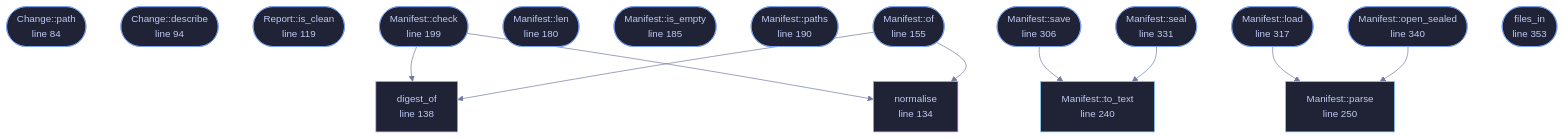
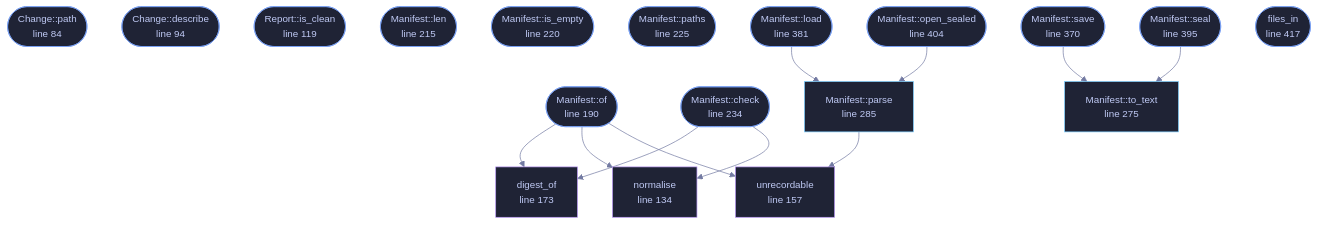
One commit to tilas01/veilvoice changed the diagram in docs/files/veilvoice-guard/manifest.md. Above: the diagram before and after it, drawn with Mermaid. The commit also changed other lines of this file and 81 other files, not shown here.

````diff
--- a/docs/files/veilvoice-guard/manifest.md
+++ b/docs/files/veilvoice-guard/manifest.md
@@ -105,52 +105,56 @@
 ```mermaid
 %%{init: {"theme":"base","themeVariables":{"background":"#1a1b26","primaryColor":"#1f2335","primaryTextColor":"#c0caf5","primaryBorderColor":"#7aa2f7","secondaryColor":"#16161e","tertiaryColor":"#16161e","lineColor":"#737aa2","textColor":"#c0caf5","mainBkg":"#1f2335","nodeBorder":"#7aa2f7","clusterBkg":"#16161e","clusterBorder":"#2f3549","fontFamily":"ui-monospace, SFMono-Regular, Consolas, monospace","fontSize":"14px"}}}%%
 flowchart TD
     n_path(["Change::path<br/>line 84"])
     n_describe(["Change::describe<br/>line 94"])
     n_is_clean(["Report::is_clean<br/>line 119"])
     n_normalise["normalise<br/>line 134"]
-    n_digest_of["digest_of<br/>line 138"]
-    n_of(["Manifest::of<br/>line 155"])
-    n_len(["Manifest::len<br/>line 180"])
-    n_is_empty(["Manifest::is_empty<br/>line 185"])
-    n_paths(["Manifest::paths<br/>line 190"])
-    n_check(["Manifest::check<br/>line 199"])
-    n_to_text["Manifest::to_text<br/>line 240"]
-    n_parse["Manifest::parse<br/>line 250"]
-    n_save(["Manifest::save<br/>line 306"])
-    n_load(["Manifest::load<br/>line 317"])
-    n_seal(["Manifest::seal<br/>line 331"])
-    n_open_sealed(["Manifest::open_sealed<br/>line 340"])
-    n_files_in(["files_in<br/>line 353"])
+    n_unrecordable["unrecordable<br/>line 157"]
+    n_digest_of["digest_of<br/>line 173"]
+    n_of(["Manifest::of<br/>line 190"])
+    n_len(["Manifest::len<br/>line 215"])
+    n_is_empty(["Manifest::is_empty<br/>line 220"])
+    n_paths(["Manifest::paths<br/>line 225"])
+    n_check(["Manifest::check<br/>line 234"])
+    n_to_text["Manifest::to_text<br/>line 275"]
+    n_parse["Manifest::parse<br/>line 285"]
+    n_save(["Manifest::save<br/>line 370"])
+    n_load(["Manifest::load<br/>line 381"])
+    n_seal(["Manifest::seal<br/>line 395"])
+    n_open_sealed(["Manifest::open_sealed<br/>line 404"])
+    n_files_in(["files_in<br/>line 417"])
     n_check --> n_digest_of
     n_check --> n_normalise
     n_load --> n_parse
     n_of --> n_digest_of
     n_of --> n_normalise
+    n_of --> n_unrecordable
     n_open_sealed --> n_parse
+    n_parse --> n_unrecordable
     n_save --> n_to_text
     n_seal --> n_to_text
     click n_path href "https://github.com/tilas01/veilvoice/blob/main/crates/veilvoice-guard/src/manifest.rs#L84" "open the source"
     click n_describe href "https://github.com/tilas01/veilvoice/blob/main/crates/veilvoice-guard/src/manifest.rs#L94" "open the source"
     click n_is_clean href "https://github.com/tilas01/veilvoice/blob/main/crates/veilvoice-guard/src/manifest.rs#L119" "open the source"
     click n_normalise href "https://github.com/tilas01/veilvoice/blob/main/crates/veilvoice-guard/src/manifest.rs#L134" "open the source"
-    click n_digest_of href "https://github.com/tilas01/veilvoice/blob/main/crates/veilvoice-guard/src/manifest.rs#L138" "open the source"
-    click n_of href "https://github.com/tilas01/veilvoice/blob/main/crates/veilvoice-guard/src/manifest.rs#L155" "open the source"
-    click n_len href "https://github.com/tilas01/veilvoice/blob/main/crates/veilvoice-guard/src/manifest.rs#L180" "open the source"
-    click n_is_empty href "https://github.com/tilas01/veilvoice/blob/main/crates/veilvoice-guard/src/manifest.rs#L185" "open the source"
-    click n_paths href "https://github.com/tilas01/veilvoice/blob/main/crates/veilvoice-guard/src/manifest.rs#L190" "open the source"
-    click n_check href "https://github.com/tilas01/veilvoice/blob/main/crates/veilvoice-guard/src/manifest.rs#L199" "open the source"
-    click n_to_text href "https://github.com/tilas01/veilvoice/blob/main/crates/veilvoice-guard/src/manifest.rs#L240" "open the source"
-    click n_parse href "https://github.com/tilas01/veilvoice/blob/main/crates/veilvoice-guard/src/manifest.rs#L250" "open the source"
-    click n_save href "https://github.com/tilas01/veilvoice/blob/main/crates/veilvoice-guard/src/manifest.rs#L306" "open the source"
-    click n_load href "https://github.com/tilas01/veilvoice/blob/main/crates/veilvoice-guard/src/manifest.rs#L317" "open the source"
-    click n_seal href "https://github.com/tilas01/veilvoice/blob/main/crates/veilvoice-guard/src/manifest.rs#L331" "open the source"
-    click n_open_sealed href "https://github.com/tilas01/veilvoice/blob/main/crates/veilvoice-guard/src/manifest.rs#L340" "open the source"
-    click n_files_in href "https://github.com/tilas01/veilvoice/blob/main/crates/veilvoice-guard/src/manifest.rs#L353" "open the source"
+    click n_unrecordable href "https://github.com/tilas01/veilvoice/blob/main/crates/veilvoice-guard/src/manifest.rs#L157" "open the source"
+    click n_digest_of href "https://github.com/tilas01/veilvoice/blob/main/crates/veilvoice-guard/src/manifest.rs#L173" "open the source"
+    click n_of href "https://github.com/tilas01/veilvoice/blob/main/crates/veilvoice-guard/src/manifest.rs#L190" "open the source"
+    click n_len href "https://github.com/tilas01/veilvoice/blob/main/crates/veilvoice-guard/src/manifest.rs#L215" "open the source"
+    click n_is_empty href "https://github.com/tilas01/veilvoice/blob/main/crates/veilvoice-guard/src/manifest.rs#L220" "open the source"
+    click n_paths href "https://github.com/tilas01/veilvoice/blob/main/crates/veilvoice-guard/src/manifest.rs#L225" "open the source"
+    click n_check href "https://github.com/tilas01/veilvoice/blob/main/crates/veilvoice-guard/src/manifest.rs#L234" "open the source"
+    click n_to_text href "https://github.com/tilas01/veilvoice/blob/main/crates/veilvoice-guard/src/manifest.rs#L275" "open the source"
+    click n_parse href "https://github.com/tilas01/veilvoice/blob/main/crates/veilvoice-guard/src/manifest.rs#L285" "open the source"
+    click n_save href "https://github.com/tilas01/veilvoice/blob/main/crates/veilvoice-guard/src/manifest.rs#L370" "open the source"
+    click n_load href "https://github.com/tilas01/veilvoice/blob/main/crates/veilvoice-guard/src/manifest.rs#L381" "open the source"
+    click n_seal href "https://github.com/tilas01/veilvoice/blob/main/crates/veilvoice-guard/src/manifest.rs#L395" "open the source"
+    click n_open_sealed href "https://github.com/tilas01/veilvoice/blob/main/crates/veilvoice-guard/src/manifest.rs#L404" "open the source"
+    click n_files_in href "https://github.com/tilas01/veilvoice/blob/main/crates/veilvoice-guard/src/manifest.rs#L417" "open the source"
     classDef entry fill:#1f2335,stroke:#7aa2f7,color:#c0caf5
     class n_path,n_describe,n_is_clean,n_of,n_len,n_is_empty,n_paths,n_check,n_save,n_load,n_seal,n_open_sealed,n_files_in entry
     classDef api fill:#1f2335,stroke:#7dcfff,color:#c0caf5
     class n_to_text,n_parse api
     classDef helper fill:#1f2335,stroke:#bb9af7,color:#c0caf5
-    class n_normalise,n_digest_of helper
+    class n_normalise,n_unrecordable,n_digest_of helper
 ```
````
